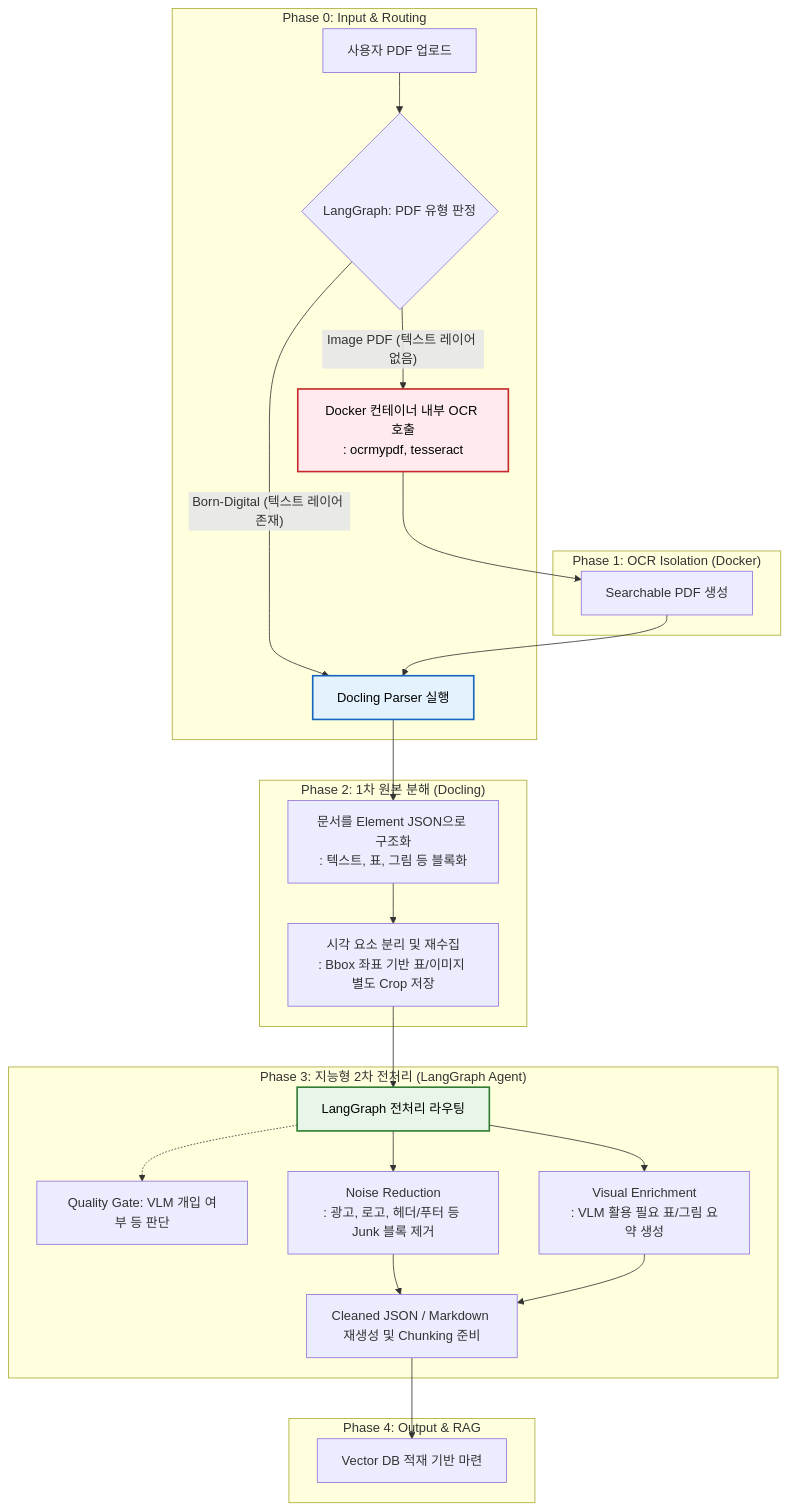
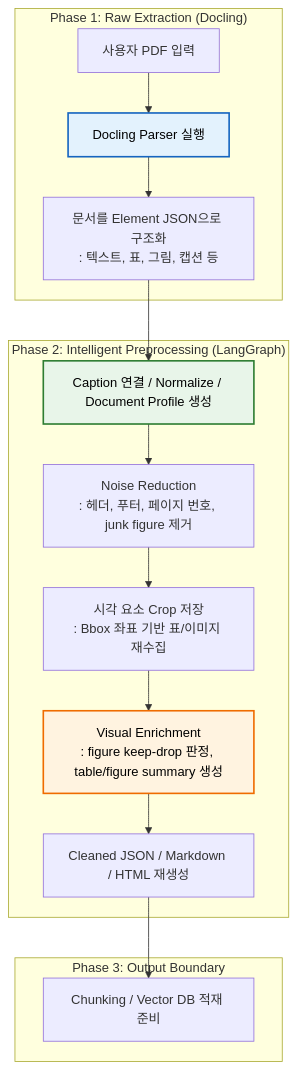
Before and after one commit to sonsukwoo/doc-chat-rag: the diagram in README.md, drawn with Mermaid. The commit also changed other lines of this file, not shown here.

Commit message:
readme 수정

````diff
--- a/README.md
+++ b/README.md
@@ -43,34 +43,23 @@
 ```mermaid
 flowchart TD
-    subgraph "Phase 0: Input & Routing"
-        A[사용자 PDF 업로드] --> B{LangGraph: PDF 유형 판정}
-        B -- "Image PDF (텍스트 레이어 없음)" --> C
-        B -- "Born-Digital (텍스트 레이어 존재)" --> E
+    subgraph "Phase 1: Raw Extraction (Docling)"
+        A[사용자 PDF 입력] --> B[Docling Parser 실행]
+        B --> C[문서를 Element JSON으로 구조화\n: 텍스트, 표, 그림, 캡션 등]
     end
 
-    subgraph "Phase 1: OCR Isolation (Docker)"
-        C[Docker 컨테이너 내부 OCR 호출\n: ocrmypdf, tesseract] --> D[Searchable PDF 생성]
+    subgraph "Phase 2: Intelligent Preprocessing (LangGraph)"
+        C --> D[Caption 연결 / Normalize / Document Profile 생성]
+        D --> E[Noise Reduction\n: 헤더, 푸터, 페이지 번호, junk figure 제거]
+        E --> F[시각 요소 Crop 저장\n: Bbox 좌표 기반 표/이미지 재수집]
+        F --> G[Visual Enrichment\n: figure keep-drop 판정, table/figure summary 생성]
+        G --> H[Cleaned JSON / Markdown / HTML 재생성]
     end
 
-    subgraph "Phase 2: 1차 원본 분해 (Docling)"
-        D --> E
-        E[Docling Parser 실행] --> F[문서를 Element JSON으로 구조화\n: 텍스트, 표, 그림 등 블록화]
-        F --> G[시각 요소 분리 및 재수집\n: Bbox 좌표 기반 표/이미지 별도 Crop 저장]
+    subgraph "Phase 3: Output Boundary"
+        H --> I[Chunking / Vector DB 적재 준비]
     end
 
-    subgraph "Phase 3: 지능형 2차 전처리 (LangGraph Agent)"
-        G --> H[LangGraph 전처리 라우팅]
-        H -.-> I[Quality Gate: VLM 개입 여부 등 판단]
-        H --> J[Noise Reduction\n: 광고, 로고, 헤더/푸터 등 Junk 블록 제거]
-        H --> K[Visual Enrichment\n: VLM 활용 필요 표/그림 요약 생성]
-        J & K --> L[Cleaned JSON / Markdown 재생성 및 Chunking 준비]
-    end
-
-    subgraph "Phase 4: Output & RAG"
-        L --> M[Vector DB 적재 기반 마련]
-    end
-
-    style C fill:#ffebee,stroke:#c62828,stroke-width:2px,color:#000
-    style E fill:#e3f2fd,stroke:#1565c0,stroke-width:2px,color:#000
-    style H fill:#e8f5e9,stroke:#2e7d32,stroke-width:2px,color:#000
+    style B fill:#e3f2fd,stroke:#1565c0,stroke-width:2px,color:#000
+    style D fill:#e8f5e9,stroke:#2e7d32,stroke-width:2px,color:#000
+    style G fill:#fff3e0,stroke:#ef6c00,stroke-width:2px,color:#000
 ```
````
